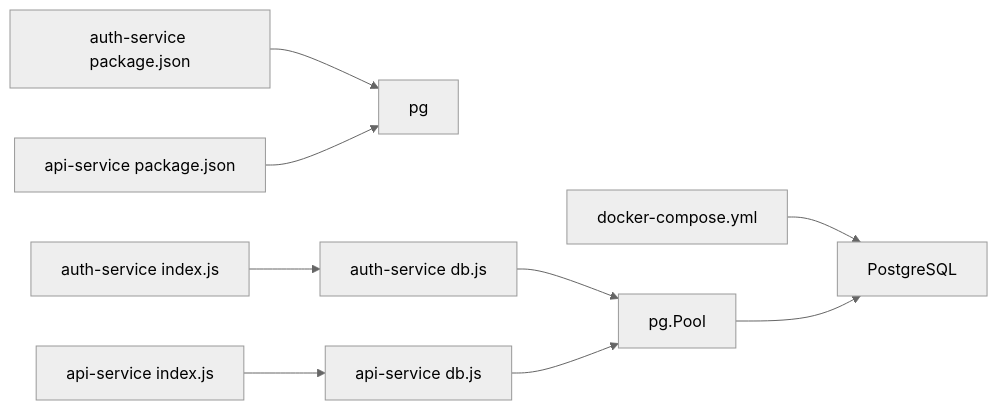
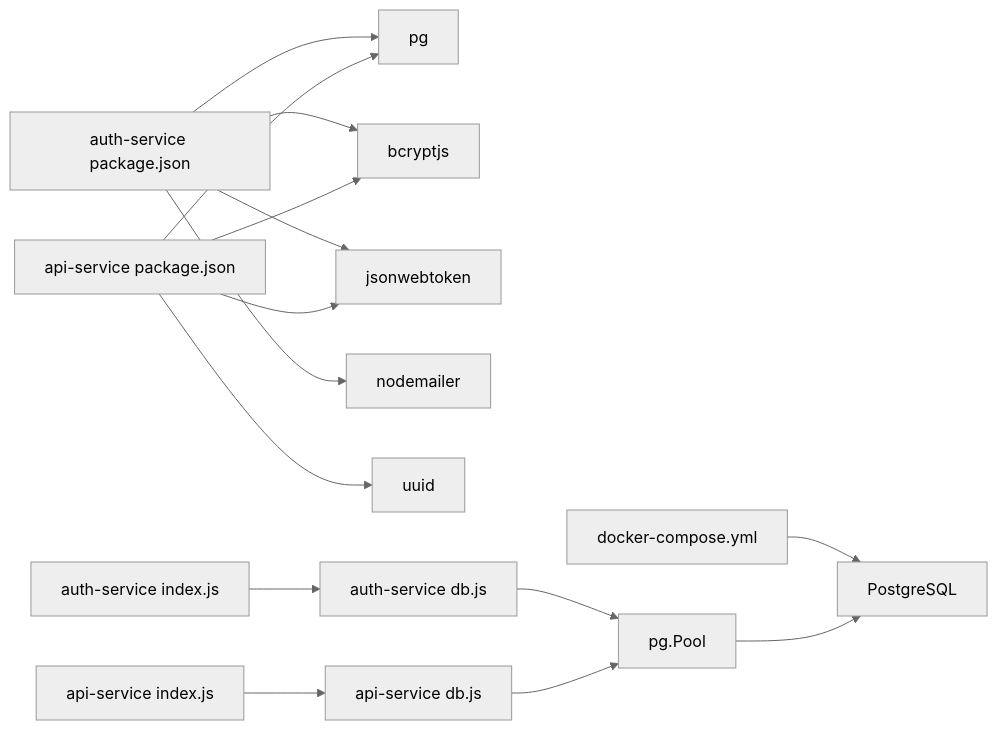
One commit to ikramhh/signvue-project changed the seventh of 7 diagrams in .qoder/repowiki/en/content/Database Design.md. Above: the diagram before and after it, drawn with Mermaid (neutral theme). The commit also changed other lines of this file and 4 other files, not shown here.

````diff
--- a/.qoder/repowiki/en/content/Database Design.md
+++ b/.qoder/repowiki/en/content/Database Design.md
@@ -344,11 +386,17 @@
 ```mermaid
 graph LR
 AuthPkg["auth-service package.json"] --> PG["pg"]
+AuthPkg --> BCrypt["bcryptjs"]
+AuthPkg --> JWT["jsonwebtoken"]
+AuthPkg --> Nodemailer["nodemailer"]
 ApiPkg["api-service package.json"] --> PG
+ApiPkg --> BCrypt
+ApiPkg --> JWT
+ApiPkg --> UUID["uuid"]
 AuthIndex["auth-service index.js"] --> AuthDB["auth-service db.js"]
 ApiIndex["api-service index.js"] --> ApiDB["api-service db.js"]
 AuthDB --> PGPool["pg.Pool"]
 ApiDB --> PGPool
 DC["docker-compose.yml"] --> PGContainer["PostgreSQL"]
 PGPool --> PGContainer
 ```
````
